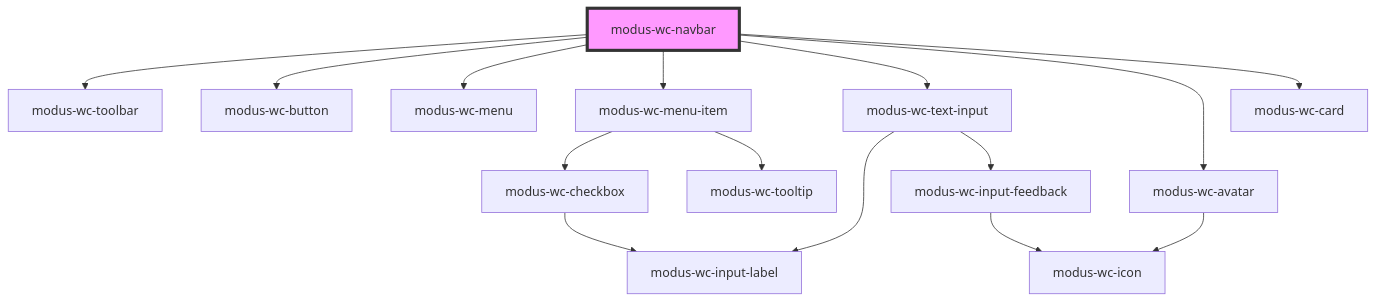
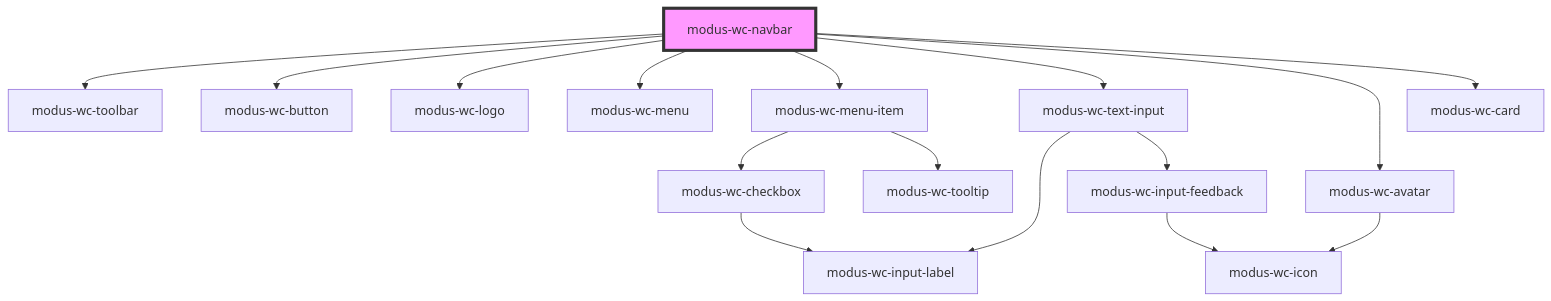
Before and after one commit to trimble-oss/modus-wc-2.0: the diagram in src/components/modus-wc-navbar/readme.md, drawn with Mermaid. The commit also changed other lines of this file and 5 other files, not shown here.

````diff
--- a/src/components/modus-wc-navbar/readme.md
+++ b/src/components/modus-wc-navbar/readme.md
@@ -66,18 +76,19 @@
 ```mermaid
 graph TD;
   modus-wc-navbar --> modus-wc-toolbar
   modus-wc-navbar --> modus-wc-button
+  modus-wc-navbar --> modus-wc-logo
   modus-wc-navbar --> modus-wc-menu
   modus-wc-navbar --> modus-wc-menu-item
   modus-wc-navbar --> modus-wc-text-input
   modus-wc-navbar --> modus-wc-avatar
   modus-wc-navbar --> modus-wc-card
   modus-wc-menu-item --> modus-wc-checkbox
   modus-wc-menu-item --> modus-wc-tooltip
   modus-wc-checkbox --> modus-wc-input-label
   modus-wc-text-input --> modus-wc-input-label
   modus-wc-text-input --> modus-wc-input-feedback
   modus-wc-input-feedback --> modus-wc-icon
   modus-wc-avatar --> modus-wc-icon
   style modus-wc-navbar fill:#f9f,stroke:#333,stroke-width:4px
 ```
````
